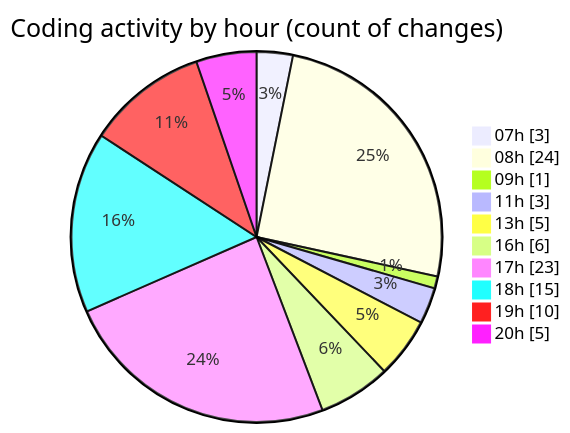
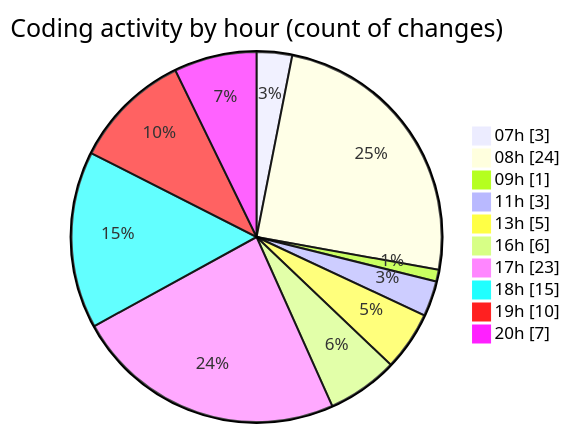
The second of 2 diagrams in 2026-02-20/bot_i_a/README.md (becaeroporto-bot/code-tracking), drawn with Mermaid before and after one commit. The commit also changed other lines of this file and 1 other file, not shown here.

````diff
--- a/2026-02-20/bot_i_a/README.md
+++ b/2026-02-20/bot_i_a/README.md
@@ -55,14 +55,14 @@
 ```mermaid
 pie showData
 title Coding activity by hour (count of changes)
 "07h" : 3
 "08h" : 24
 "09h" : 1
 "11h" : 3
 "13h" : 5
 "16h" : 6
 "17h" : 23
 "18h" : 15
 "19h" : 10
-"20h" : 5
+"20h" : 7
 ```
````
